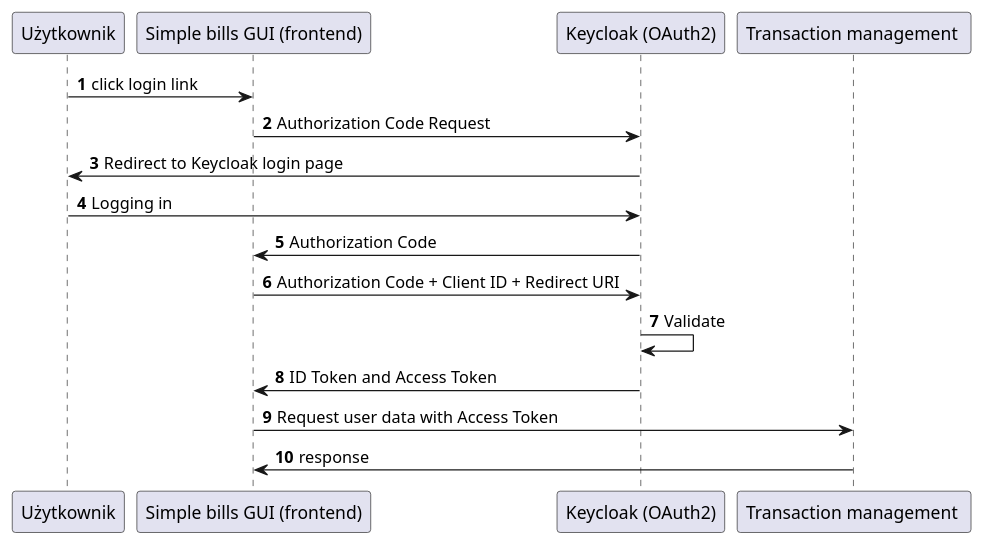
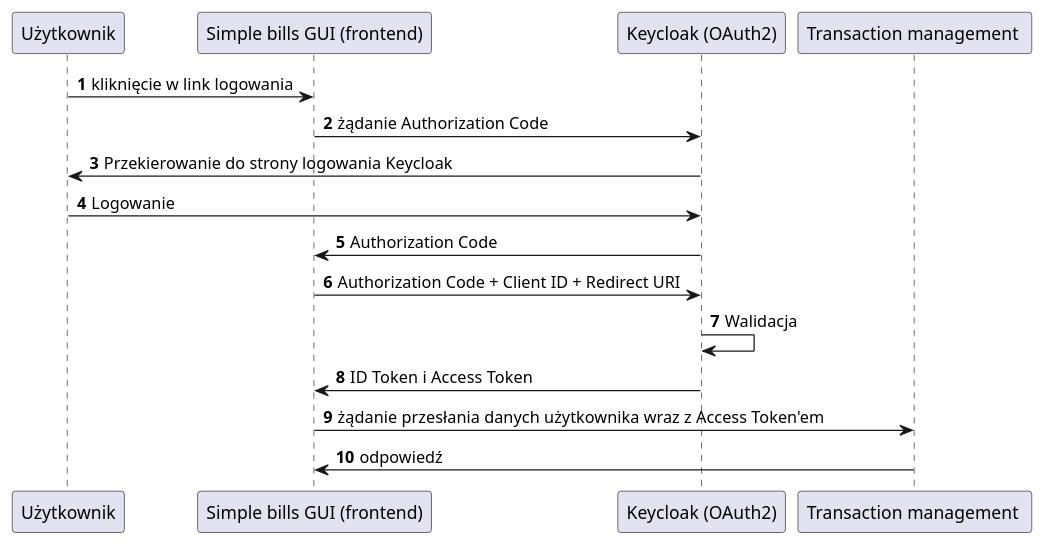
The diagram in diagrams/authorization-code-flow/authorization-code-flow-diagram.puml (lukaszse/simple-bills), drawn with PlantUML before and after one commit. The commit also changed 2 other files, not shown here.

Commit message:
add sequence diagrams

```diff
--- a/diagrams/authorization-code-flow/authorization-code-flow-diagram.puml
+++ b/diagrams/authorization-code-flow/authorization-code-flow-diagram.puml
@@ -1,30 +1,30 @@
 @startuml
 'https://plantuml.com/sequence-diagram
 
 autonumber
 
 participant Użytkownik as user
 participant "Simple bills GUI (frontend)" as gui
 participant "Keycloak (OAuth2)" as keycloak
 participant "Transaction management " as transactions
 
 
-user -> gui: click login link
-gui -> keycloak: Authorization Code Request
-keycloak -> user: Redirect to Keycloak login page
-user -> keycloak: Logging in
+user -> gui: kliknięcie w link logowania
+gui -> keycloak: żądanie Authorization Code
+keycloak -> user: Przekierowanie do strony logowania Keycloak
+user -> keycloak: Logowanie
 keycloak -> gui: Authorization Code
 gui -> keycloak: Authorization Code + Client ID + Redirect URI
-keycloak -> keycloak: Validate
-keycloak -> gui: ID Token and Access Token
-gui -> transactions: Request user data with Access Token
-transactions -> gui: response
+keycloak -> keycloak: Walidacja
+keycloak -> gui: ID Token i Access Token
+gui -> transactions: żądanie przesłania danych użytkownika wraz z Access Token'em
+transactions -> gui: odpowiedź
 
 'Użytkownik -> "Simple bills GUI (frontend)": Click login link
 'Bob --> Alice: Authentication Response
 '
 'Alice -> Bob: Another authentication Request
 'Alice <-- Bob: another authentication Response
 
 
 @enduml
```
